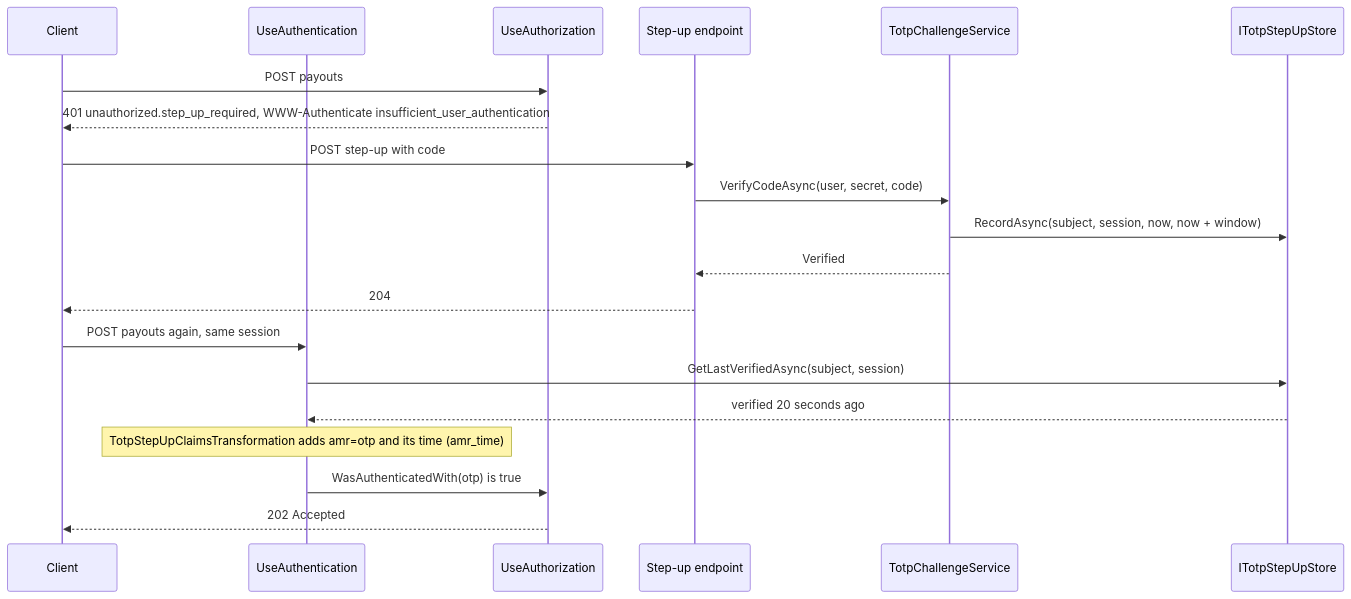
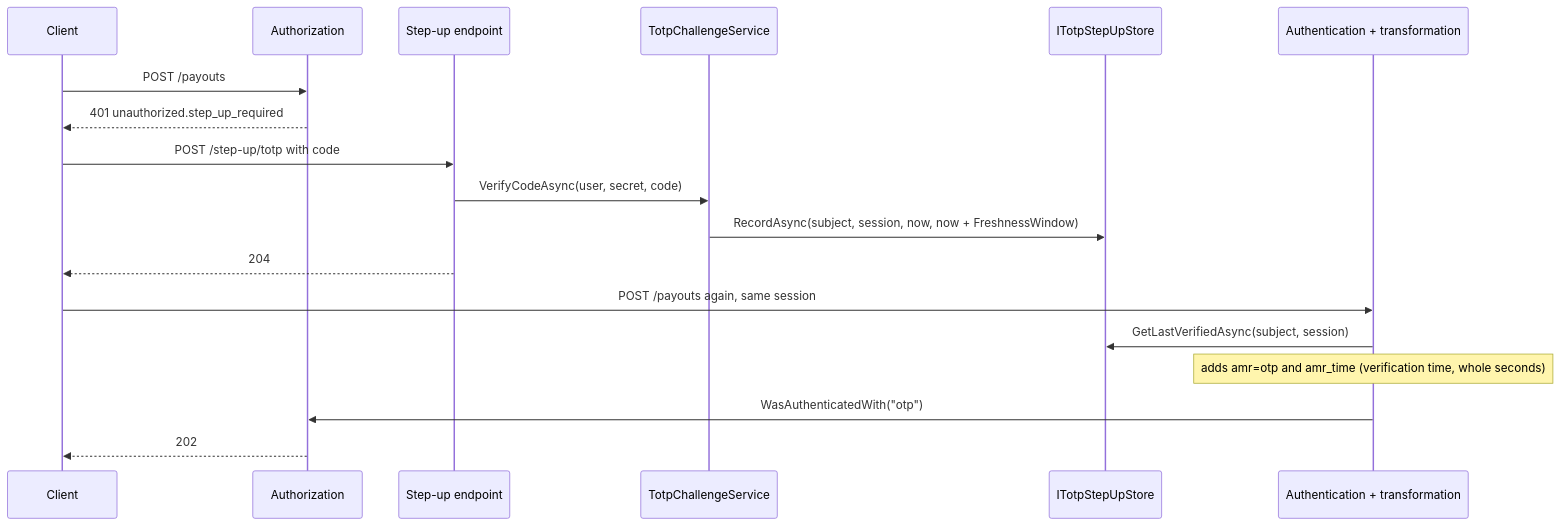
Before and after one commit to Gresta-Vertex-Labs/platform-shared-kernel: the diagram in 12.Security/SharedKernel.Security.Totp/README.md, drawn with Mermaid. The commit also changed other lines of this file and 639 other files, not shown here.

````diff
--- a/12.Security/SharedKernel.Security.Totp/README.md
+++ b/12.Security/SharedKernel.Security.Totp/README.md
@@ -187,22 +103,20 @@
 ```mermaid
 sequenceDiagram
     participant Client
-    participant Auth as UseAuthentication
-    participant Authz as UseAuthorization
+    participant Authz as Authorization
     participant StepUp as Step-up endpoint
     participant Challenge as TotpChallengeService
     participant Store as ITotpStepUpStore
-    Client->>Authz: POST payouts
-    Authz-->>Client: 401 unauthorized.step_up_required, WWW-Authenticate insufficient_user_authentication
-    Client->>StepUp: POST step-up with code
+    participant Auth as Authentication + transformation
+    Client->>Authz: POST /payouts
+    Authz-->>Client: 401 unauthorized.step_up_required
+    Client->>StepUp: POST /step-up/totp with code
     StepUp->>Challenge: VerifyCodeAsync(user, secret, code)
-    Challenge->>Store: RecordAsync(subject, session, now, now + window)
-    Challenge-->>StepUp: Verified
+    Challenge->>Store: RecordAsync(subject, session, now, now + FreshnessWindow)
     StepUp-->>Client: 204
-    Client->>Auth: POST payouts again, same session
+    Client->>Auth: POST /payouts again, same session
     Auth->>Store: GetLastVerifiedAsync(subject, session)
-    Store-->>Auth: verified 20 seconds ago
-    Note over Auth: TotpStepUpClaimsTransformation adds amr=otp and its time (amr_time)
-    Auth->>Authz: WasAuthenticatedWith(otp) is true
-    Authz-->>Client: 202 Accepted
+    Note over Auth: adds amr=otp and amr_time (verification time, whole seconds)
+    Auth->>Authz: WasAuthenticatedWith("otp")
+    Authz-->>Client: 202
 ```
````
